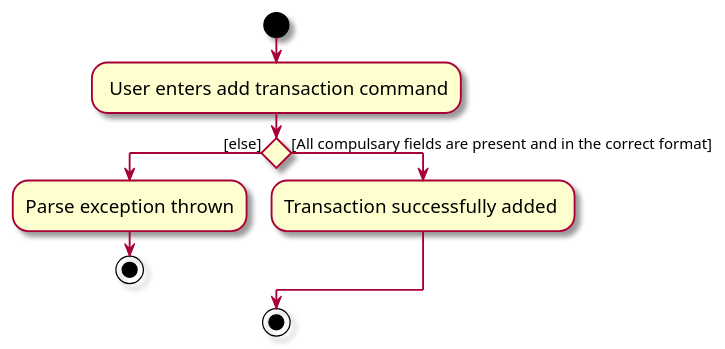
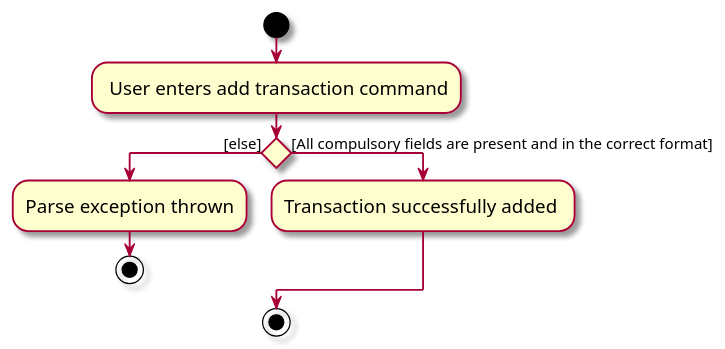
The diagram in docs/diagrams/unicash/AddTransactionActivityDiagram.puml (woojiahao/tp), drawn with PlantUML before and after one commit. The commit also changed 1 other file, not shown here.

```diff
--- a/docs/diagrams/unicash/AddTransactionActivityDiagram.puml
+++ b/docs/diagrams/unicash/AddTransactionActivityDiagram.puml
@@ -1,20 +1,20 @@
 @startuml
 
 skin rose
 skinparam ActivityFontSize 15
 skinparam ArrowFontSize 12
 start
 
 : User enters add transaction command;
 
 if () then ([else])
   :Parse exception thrown;
   stop
-else ([All compulsary fields are present and in the correct format])
+else ([All compulsory fields are present and in the correct format])
   :Transaction successfully added ;
 endif
 
 
 stop
 
 @enduml
```
